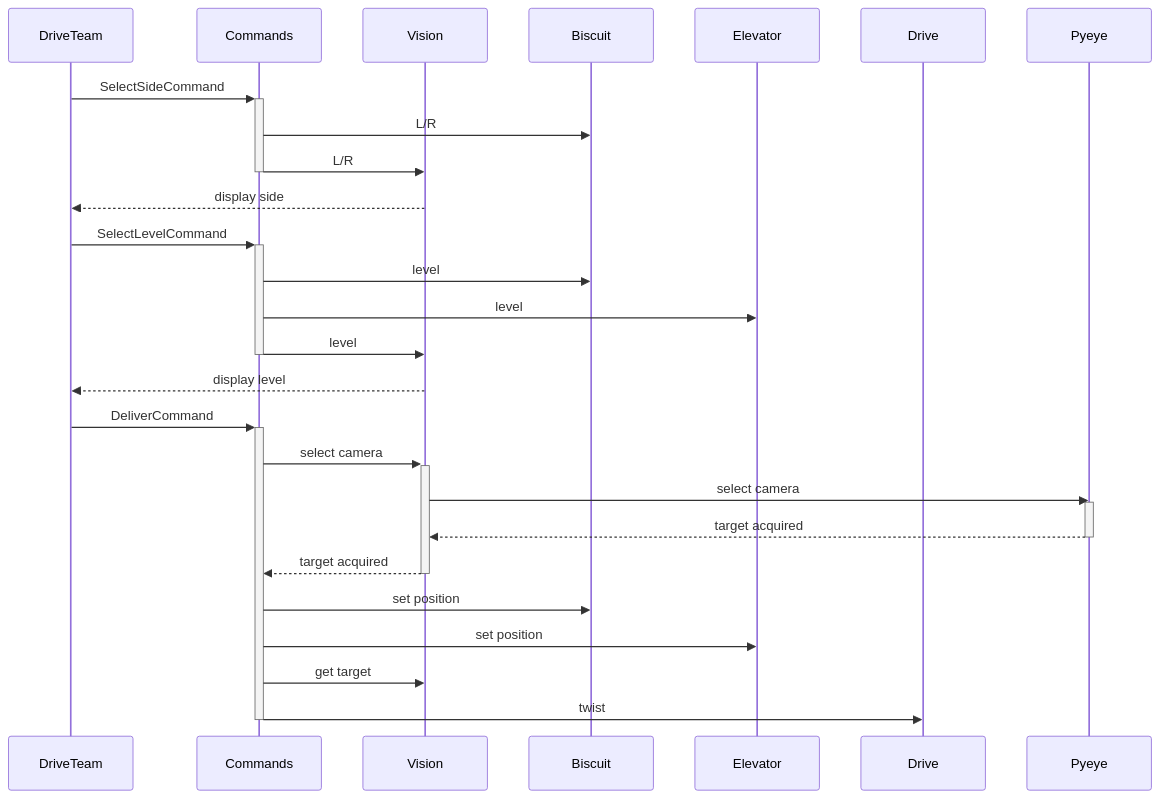
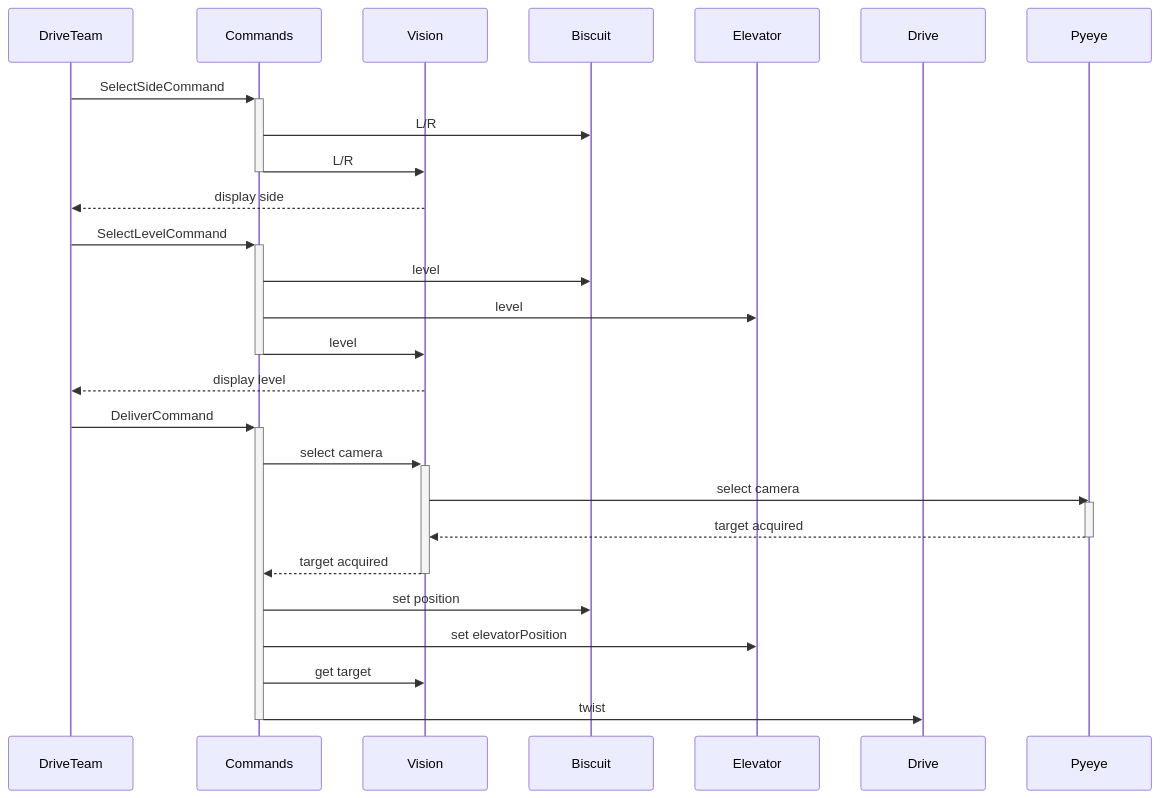
Before and after one commit to strykeforce/deepspace: the diagram in docs/deliver_0.mermaid, drawn with Mermaid. The commit also changed 26 other files, not shown here.

```diff
--- a/docs/deliver_0.mermaid
+++ b/docs/deliver_0.mermaid
@@ -1,33 +1,33 @@
 sequenceDiagram
 participant DriveTeam
 participant Commands
 participant Vision
 participant Biscuit
 participant Elevator
 participant Drive
 participant Pyeye
 DriveTeam ->> +Commands:SelectSideCommand
 Commands->> Biscuit: L/R
 Commands->> -Vision: L/R
 Vision -->> DriveTeam: display side
 DriveTeam ->> +Commands:SelectLevelCommand
 Commands->> Biscuit: level
 Commands->> Elevator: level
 Commands->> -Vision: level
 Vision -->> DriveTeam: display level
 
 DriveTeam ->> +Commands: DeliverCommand
 
 Commands ->> +Vision: select camera
 
 Vision ->> Pyeye: select camera
 activate Pyeye
 Pyeye -->> Vision: target acquired
 deactivate Pyeye
 Vision -->> -Commands: target acquired
 Commands ->> Biscuit: set position
 
-Commands ->> Elevator: set position
+Commands ->> Elevator: set elevatorPosition
 
 Commands ->> Vision: get target
 Commands ->> -Drive: twist
```
